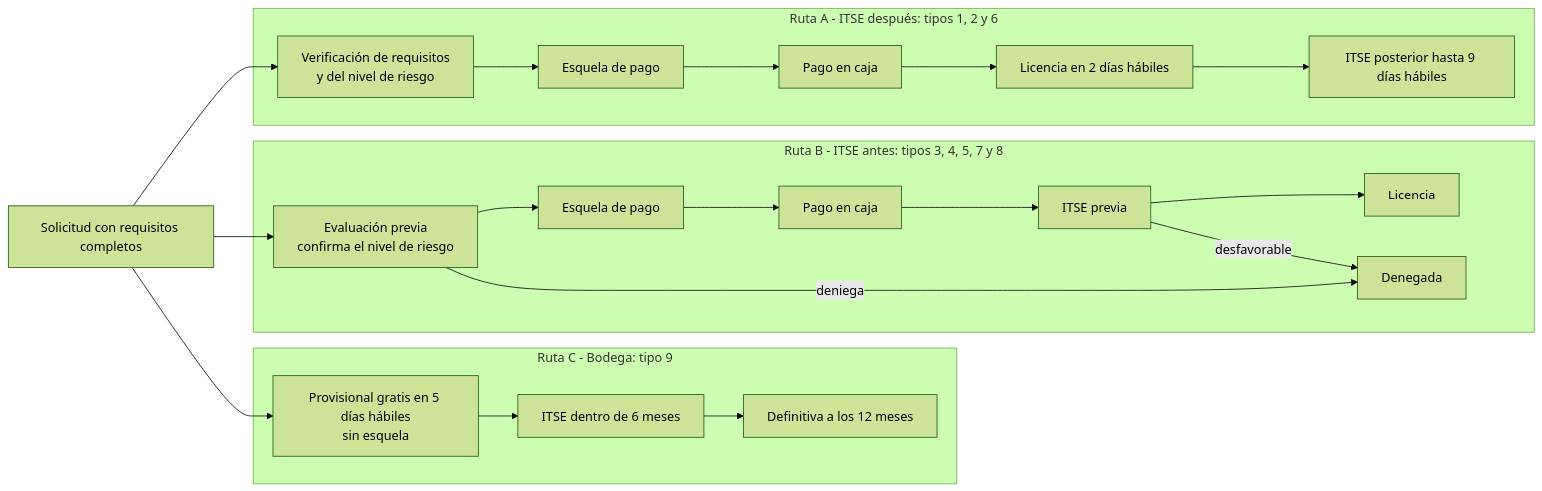
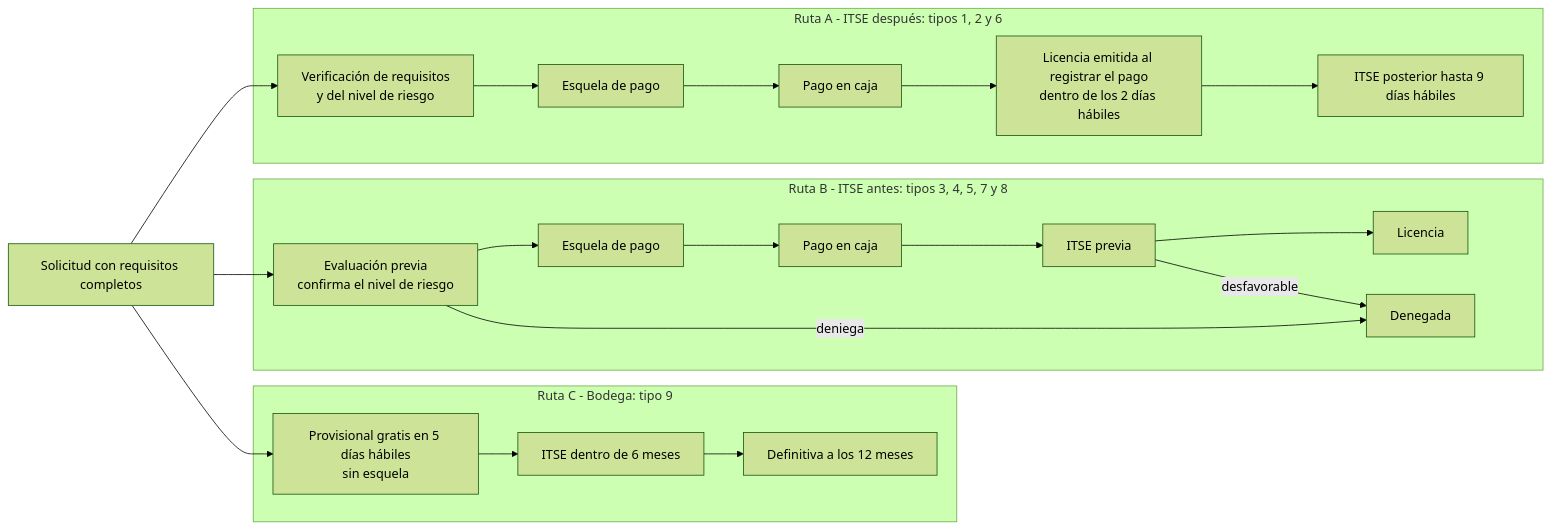
Before and after one commit to yeymyloson18/Licencias-Huanta-arquitSoft-JEIMY: the second of 2 diagrams in docs/02-arquitectura-software/arquitectura-inicial.md, drawn with Mermaid (forest theme). The commit also changed other lines of this file and 5 other files, not shown here.

````diff
--- a/docs/02-arquitectura-software/arquitectura-inicial.md
+++ b/docs/02-arquitectura-software/arquitectura-inicial.md
@@ -93,20 +93,20 @@
 ```mermaid
 flowchart LR
     S["Solicitud con requisitos completos"] --> A0
     S --> B0
     S --> C1
 
     subgraph RA["Ruta A - ITSE después: tipos 1, 2 y 6"]
-        A0["Verificación de requisitos<br/>y del nivel de riesgo"] --> A4["Esquela de pago"] --> A1["Pago en caja"] --> A2["Licencia en 2 días hábiles"] --> A3["ITSE posterior hasta 9 días hábiles"]
+        A0["Verificación de requisitos<br/>y del nivel de riesgo"] --> A4["Esquela de pago"] --> A1["Pago en caja"] --> A2["Licencia emitida al registrar el pago<br/>dentro de los 2 días hábiles"] --> A3["ITSE posterior hasta 9 días hábiles"]
     end
 
     subgraph RB["Ruta B - ITSE antes: tipos 3, 4, 5, 7 y 8"]
         B0["Evaluación previa<br/>confirma el nivel de riesgo"] --> B4["Esquela de pago"] --> B1["Pago en caja"] --> B2["ITSE previa"] --> B3["Licencia"]
         B0 -->|"deniega"| BX["Denegada"]
         B2 -->|"desfavorable"| BX
     end
 
     subgraph RC["Ruta C - Bodega: tipo 9"]
         C1["Provisional gratis en 5 días hábiles<br/>sin esquela"] --> C2["ITSE dentro de 6 meses"] --> C3["Definitiva a los 12 meses"]
     end
 ```
````
